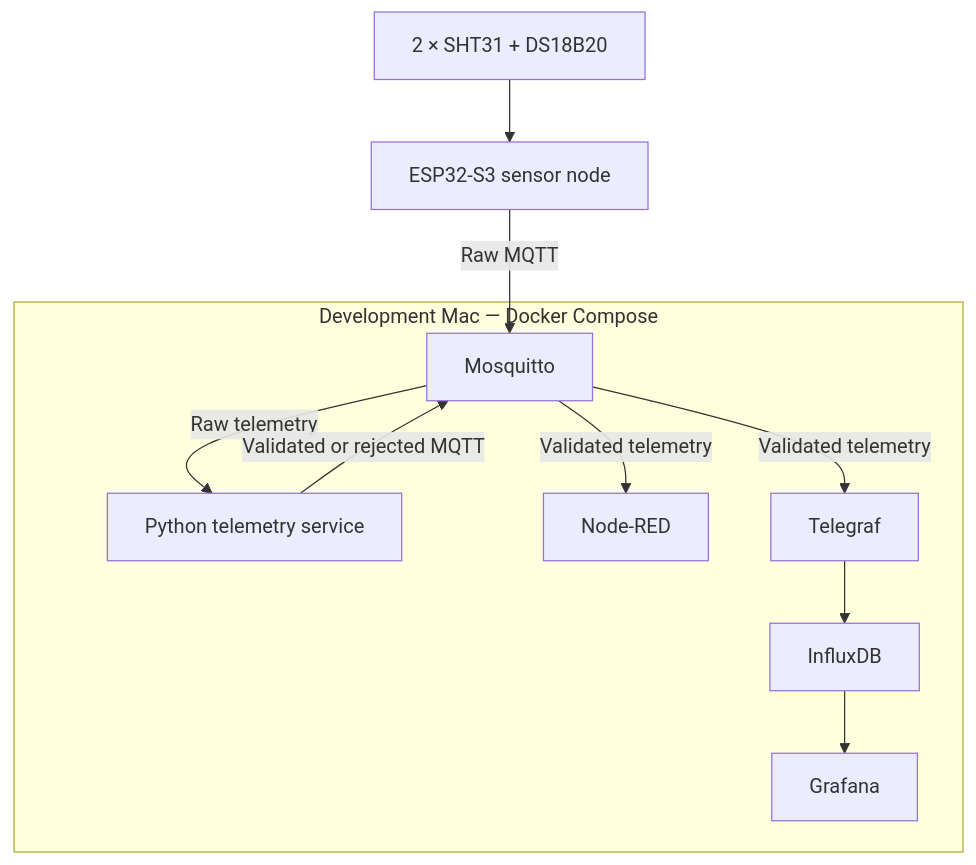
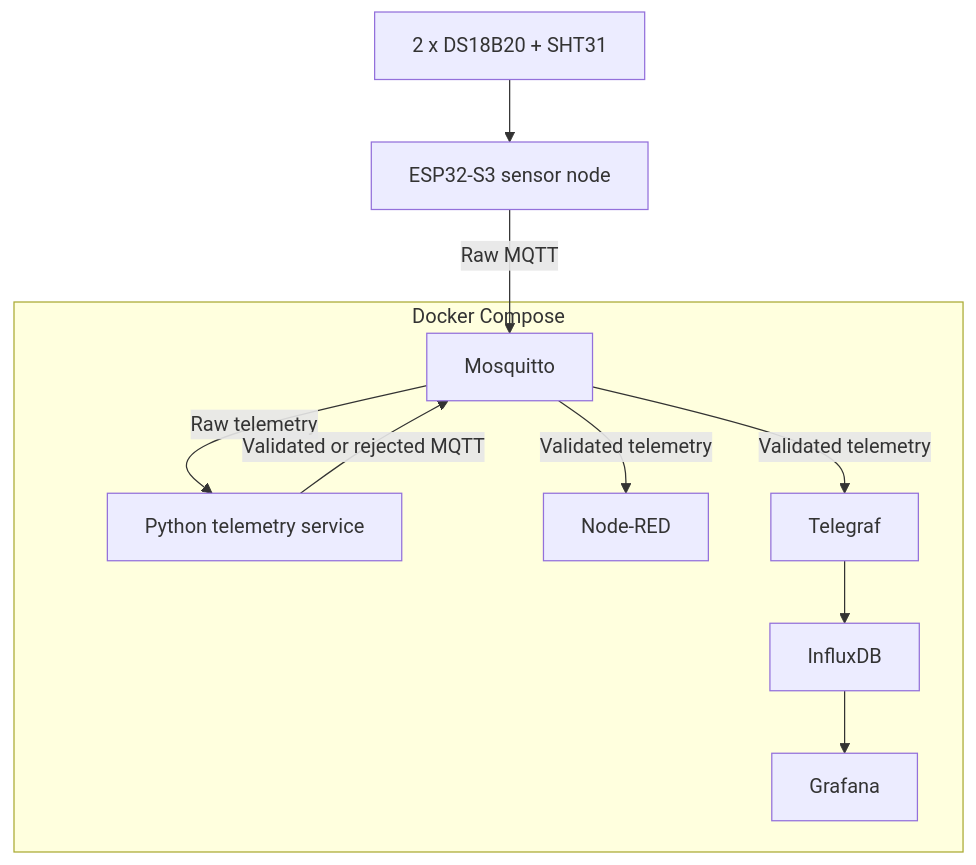
One commit to Samuel2Nugor/Hydroponic changed the diagram in docs/system-architecture.md. Above: the diagram before and after it, drawn with Mermaid. The commit also changed other lines of this file and 5 other files, not shown here.

````diff
--- a/docs/system-architecture.md
+++ b/docs/system-architecture.md
@@ -34,23 +34,23 @@
 ```mermaid
 flowchart TD
-    Sensors["2 × SHT31 + DS18B20"]
+    Sensors["2 x DS18B20 + SHT31"]
     ESP["ESP32-S3 sensor node"]
 
-    subgraph Mac["Development Mac — Docker Compose"]
+    subgraph Laptop["Docker Compose"]
         MQTT["Mosquitto"]
         Validator["Python telemetry service"]
         NodeRED["Node-RED"]
         Telegraf["Telegraf"]
         InfluxDB["InfluxDB"]
         Grafana["Grafana"]
     end
 
     Sensors --> ESP
     ESP -->|"Raw MQTT"| MQTT
     MQTT -->|"Raw telemetry"| Validator
     Validator -->|"Validated or rejected MQTT"| MQTT
     MQTT -->|"Validated telemetry"| NodeRED
     MQTT -->|"Validated telemetry"| Telegraf
     Telegraf --> InfluxDB
     InfluxDB --> Grafana
 ```
````
